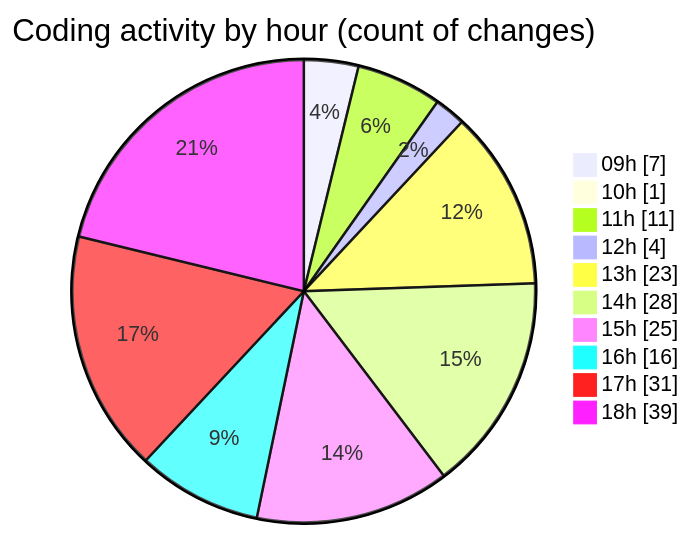
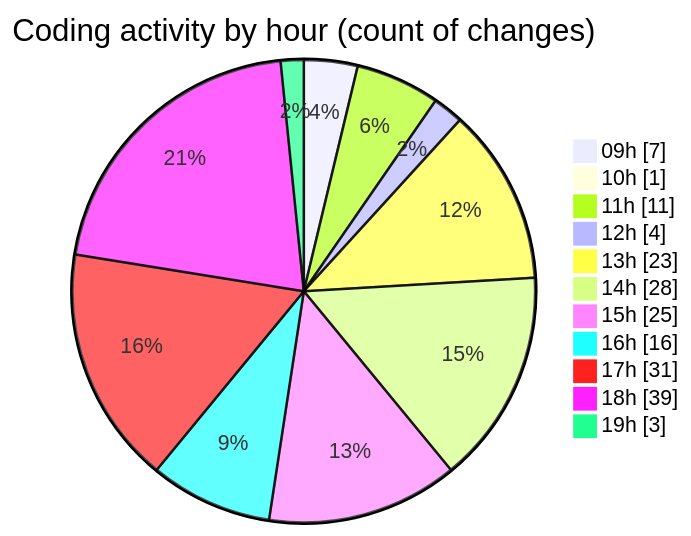
The second of 2 diagrams in 2026-04-22/cda/README.md (momahboobian/code-tracking), drawn with Mermaid before and after one commit. The commit also changed other lines of this file and 1 other file, not shown here.

````diff
--- a/2026-04-22/cda/README.md
+++ b/2026-04-22/cda/README.md
@@ -57,14 +57,15 @@
 ```mermaid
 pie showData
 title Coding activity by hour (count of changes)
 "09h" : 7
 "10h" : 1
 "11h" : 11
 "12h" : 4
 "13h" : 23
 "14h" : 28
 "15h" : 25
 "16h" : 16
 "17h" : 31
 "18h" : 39
+"19h" : 3
 ```
````
